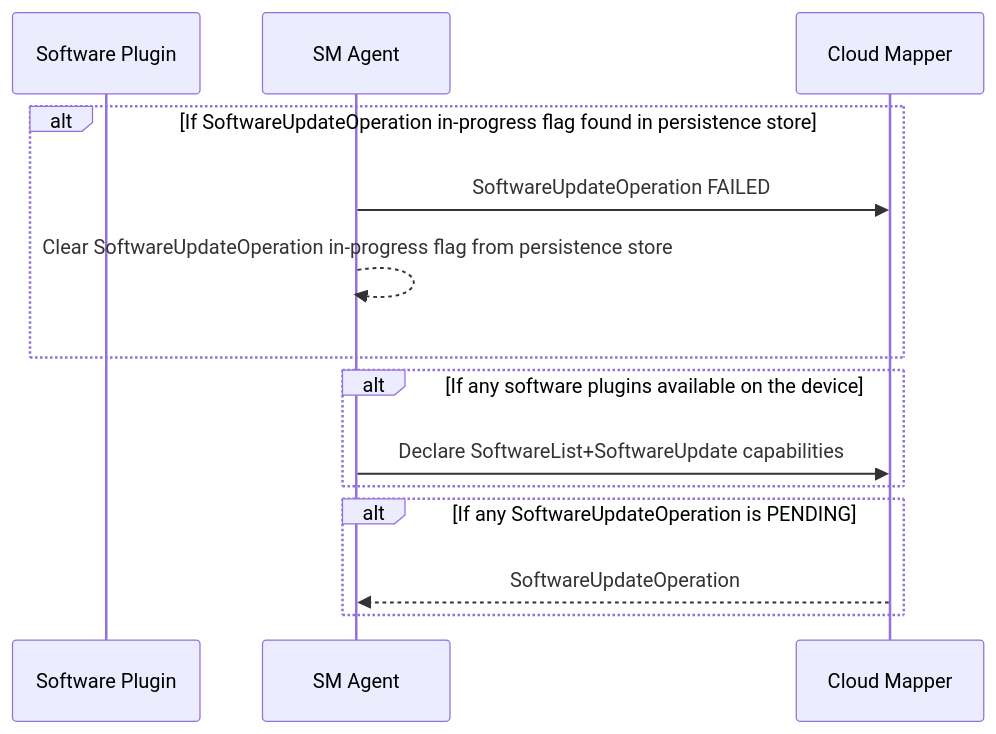
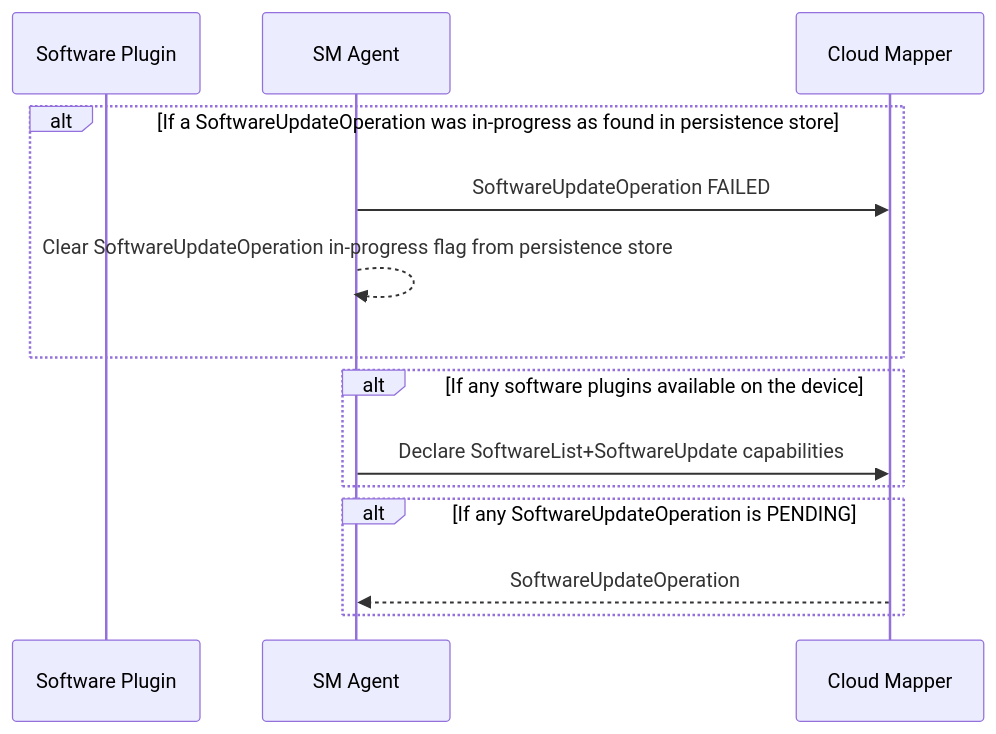
The first of 3 diagrams in src/software-management/sm-agent.md (thin-edge/thin-edge.io-specs), drawn with Mermaid before and after one commit. The commit also changed other lines of this file, not shown here.

````diff
--- a/src/software-management/sm-agent.md
+++ b/src/software-management/sm-agent.md
@@ -17,19 +17,19 @@
 ```mermaid
 sequenceDiagram
     participant Software Plugin
     participant SM Agent
     participant Cloud Mapper
-    alt If SoftwareUpdateOperation in-progress flag found in persistence store
+    alt If a SoftwareUpdateOperation was in-progress as found in persistence store
         SM Agent->>Cloud Mapper: SoftwareUpdateOperation FAILED
         SM Agent-->>SM Agent: Clear SoftwareUpdateOperation in-progress flag from persistence store
     end
 
     alt If any software plugins available on the device
         SM Agent->>Cloud Mapper: Declare SoftwareList+SoftwareUpdate capabilities
     end
 
     alt If any SoftwareUpdateOperation is PENDING
         Cloud Mapper-->>SM Agent: SoftwareUpdateOperation
     end
 
 ```
````
